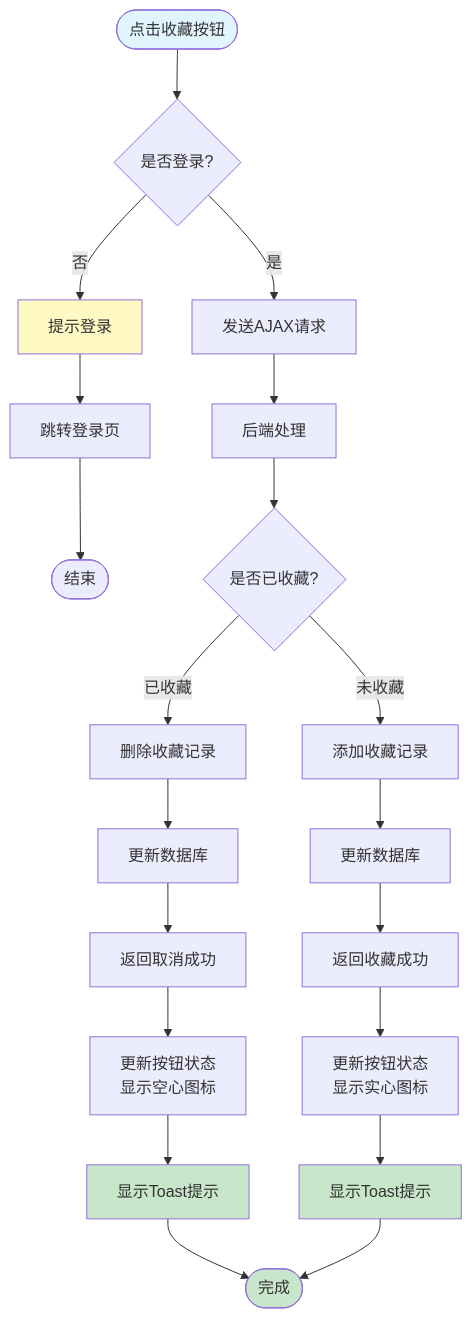
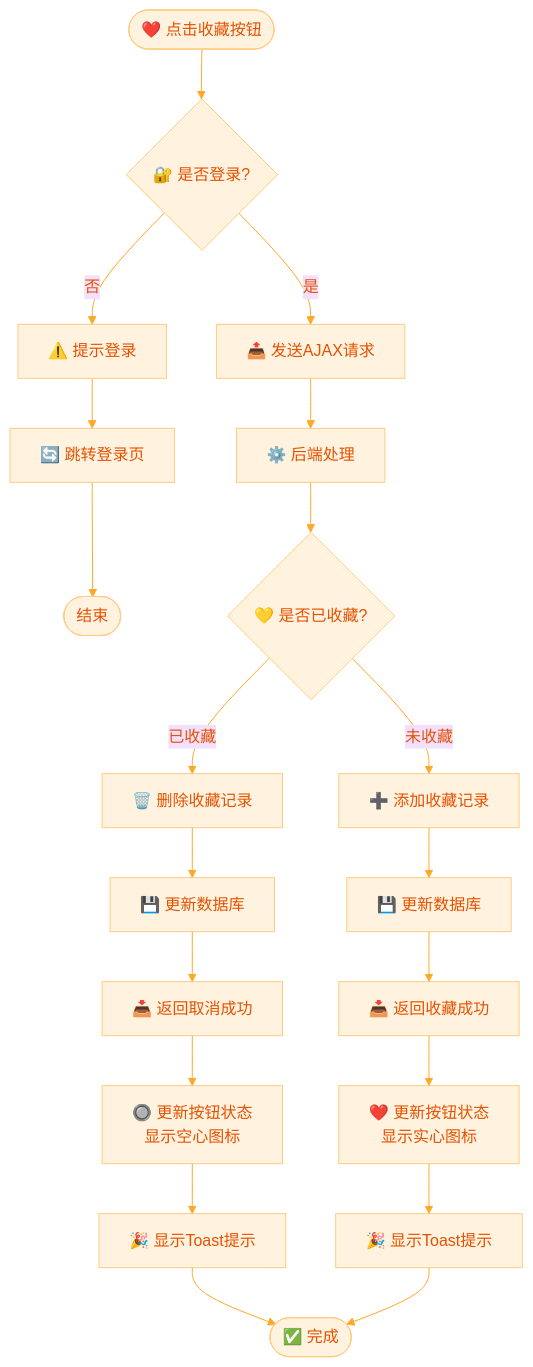
The ninth of 18 diagrams in docs/架构设计.md (keyoshoin/movie-website), drawn with Mermaid before and after one commit. The commit also changed other lines of this file, not shown here.

````diff
--- a/docs/架构设计.md
+++ b/docs/架构设计.md
@@ -415,35 +363,30 @@
 ```mermaid
+%%{init: {'theme': 'base', 'themeVariables': { 'primaryColor': '#fff3e0', 'primaryTextColor': '#e65100', 'primaryBorderColor': '#ffcc80', 'lineColor': '#ffa726'}}}%%
 flowchart TD
-    Start([点击收藏按钮]) --> CheckLogin{是否登录?}
+    Start(["❤️ 点击收藏按钮"]) --> CheckLogin{"🔐 是否登录?"}
     
-    CheckLogin -->|否| ShowTip[提示登录]
-    ShowTip --> RedirectLogin[跳转登录页]
-    RedirectLogin --> LoginEnd([结束])
+    CheckLogin -->|"否"| ShowTip["⚠️ 提示登录"]
+    ShowTip --> RedirectLogin["🔄 跳转登录页"]
+    RedirectLogin --> LoginEnd(["结束"])
     
-    CheckLogin -->|是| SendRequest[发送AJAX请求]
-    SendRequest --> Backend[后端处理]
-    Backend --> CheckFav{是否已收藏?}
+    CheckLogin -->|"是"| SendRequest["📤 发送AJAX请求"]
+    SendRequest --> Backend["⚙️ 后端处理"]
+    Backend --> CheckFav{"💛 是否已收藏?"}
     
-    CheckFav -->|已收藏| DeleteFav[删除收藏记录]
-    DeleteFav --> UpdateDB1[更新数据库]
-    UpdateDB1 --> Response1[返回取消成功]
+    CheckFav -->|"已收藏"| DeleteFav["🗑️ 删除收藏记录"]
+    DeleteFav --> UpdateDB1["💾 更新数据库"]
+    UpdateDB1 --> Response1["📥 返回取消成功"]
     
-    CheckFav -->|未收藏| AddFav[添加收藏记录]
-    AddFav --> UpdateDB2[更新数据库]
-    UpdateDB2 --> Response2[返回收藏成功]
+    CheckFav -->|"未收藏"| AddFav["➕ 添加收藏记录"]
+    AddFav --> UpdateDB2["💾 更新数据库"]
+    UpdateDB2 --> Response2["📥 返回收藏成功"]
     
-    Response1 --> UpdateUI1[更新按钮状态<br/>显示空心图标]
-    Response2 --> UpdateUI2[更新按钮状态<br/>显示实心图标]
+    Response1 --> UpdateUI1["🔘 更新按钮状态<br/>显示空心图标"]
+    Response2 --> UpdateUI2["❤️ 更新按钮状态<br/>显示实心图标"]
     
-    UpdateUI1 --> ShowToast1[显示Toast提示]
-    UpdateUI2 --> ShowToast2[显示Toast提示]
+    UpdateUI1 --> ShowToast1["🎉 显示Toast提示"]
+    UpdateUI2 --> ShowToast2["🎉 显示Toast提示"]
     
-    ShowToast1 --> End([完成])
+    ShowToast1 --> End(["✅ 完成"])
     ShowToast2 --> End
-    
-    style Start fill:#e1f5ff
-    style End fill:#c8e6c9
-    style ShowTip fill:#fff9c4
-    style ShowToast1 fill:#c8e6c9
-    style ShowToast2 fill:#c8e6c9
 ```
````
